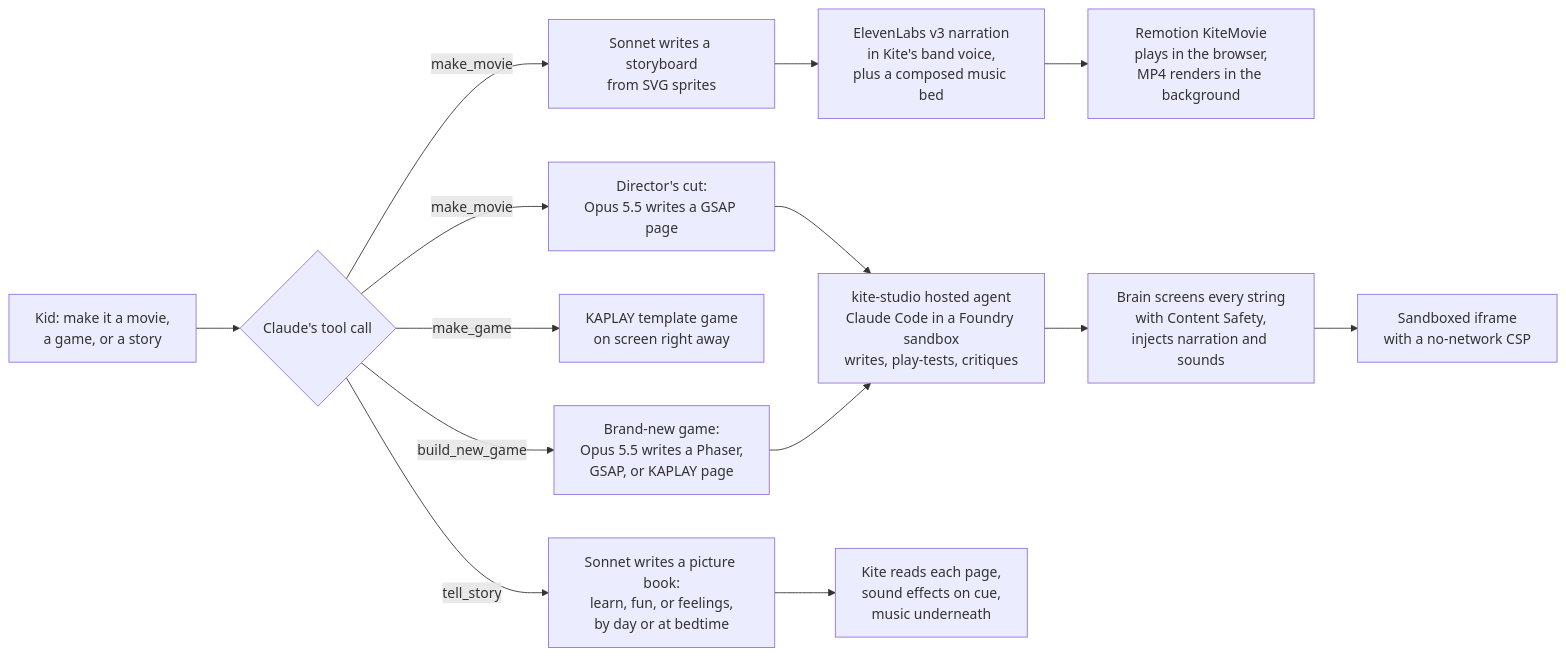
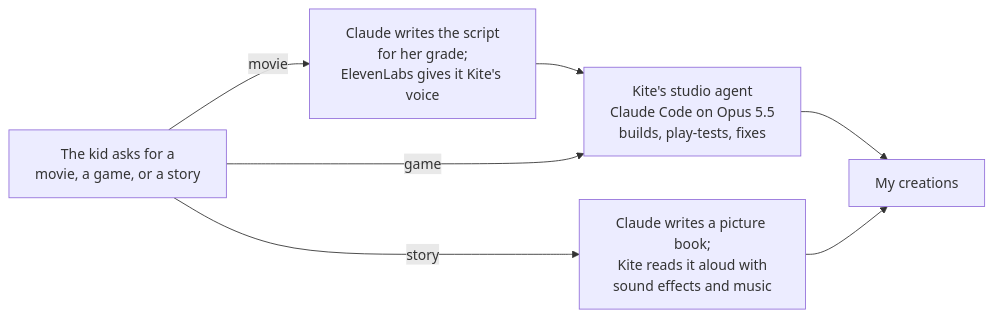
One commit to gpuligundla/kite changed the third of 3 diagrams in README.md. Above: the diagram before and after it, drawn with Mermaid. The commit also changed other lines of this file and 6 other files, not shown here.

````diff
--- a/README.md
+++ b/README.md
@@ -156,19 +72,10 @@
 ```mermaid
 flowchart LR
-  ASK["Kid: make it a movie,<br/>a game, or a story"] --> TOOL{"Claude's tool call"}
-
-  TOOL -->|"make_movie"| SB["Sonnet writes a storyboard<br/>from SVG sprites"]
-  SB --> NAR["ElevenLabs v3 narration<br/>in Kite's band voice,<br/>plus a composed music bed"]
-  NAR --> REM["Remotion KiteMovie<br/>plays in the browser,<br/>MP4 renders in the background"]
-  TOOL -->|"make_movie"| CUT["Director's cut:<br/>Opus 5.5 writes a GSAP page"]
-
-  TOOL -->|"make_game"| TPL["KAPLAY template game<br/>on screen right away"]
-  TOOL -->|"build_new_game"| NEW["Brand-new game:<br/>Opus 5.5 writes a Phaser,<br/>GSAP, or KAPLAY page"]
-
-  CUT & NEW --> SANDBOX["kite-studio hosted agent<br/>Claude Code in a Foundry sandbox<br/>writes, play-tests, critiques"]
-  SANDBOX --> SCREEN["Brain screens every string<br/>with Content Safety,<br/>injects narration and sounds"]
-  SCREEN --> FRAME["Sandboxed iframe<br/>with a no-network CSP"]
-
-  TOOL -->|"tell_story"| BOOK["Sonnet writes a picture book:<br/>learn, fun, or feelings,<br/>by day or at bedtime"]
-  BOOK --> READ["Kite reads each page,<br/>sound effects on cue,<br/>music underneath"]
+  ASK["The kid asks for a<br/>movie, a game, or a story"]
+  ASK -->|"movie"| SCRIPT["Claude writes the script<br/>for her grade;<br/>ElevenLabs gives it Kite's voice"]
+  SCRIPT --> AGENT["Kite's studio agent<br/>Claude Code on Opus 5.5<br/>builds, play-tests, fixes"]
+  ASK -->|"game"| AGENT
+  AGENT --> MINE["My creations"]
+  ASK -->|"story"| BOOK["Claude writes a picture book;<br/>Kite reads it aloud with<br/>sound effects and music"]
+  BOOK --> MINE
 ```
````
